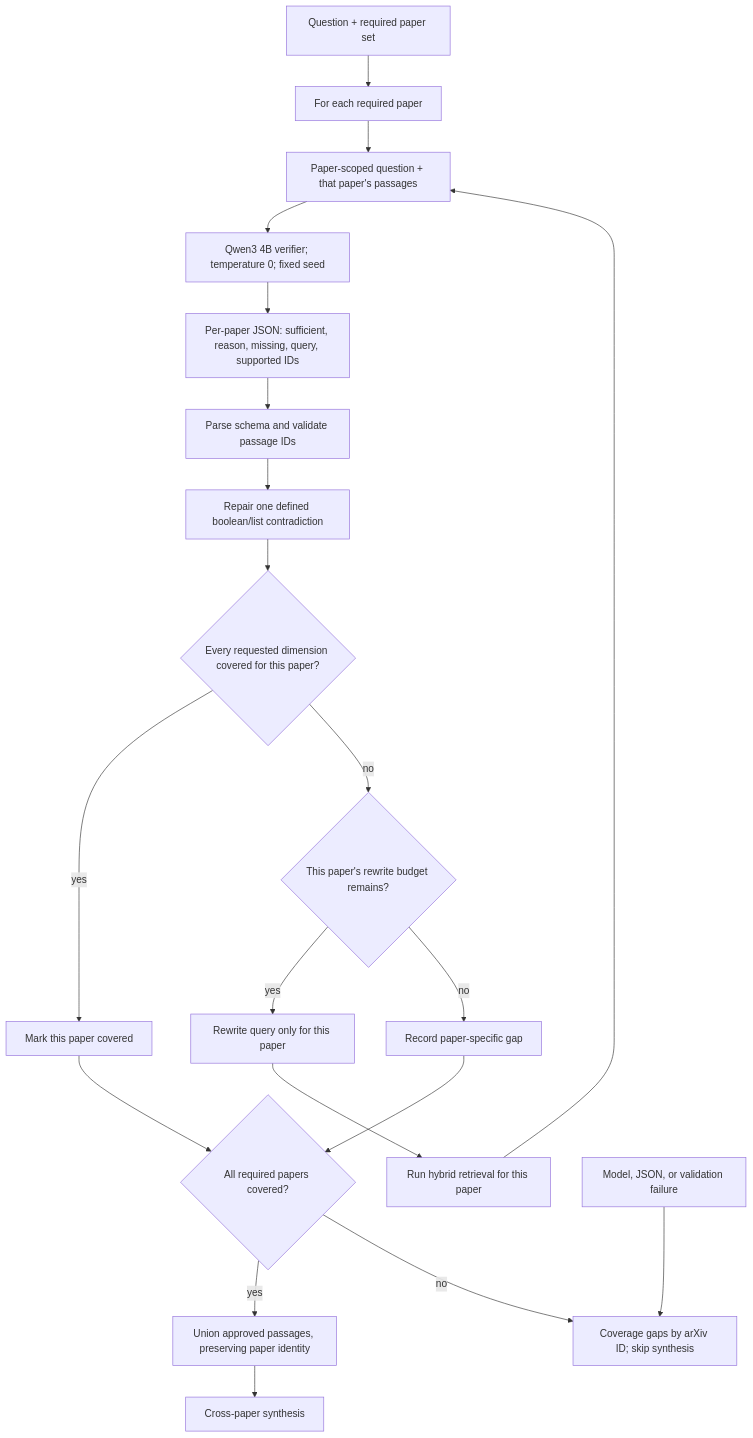
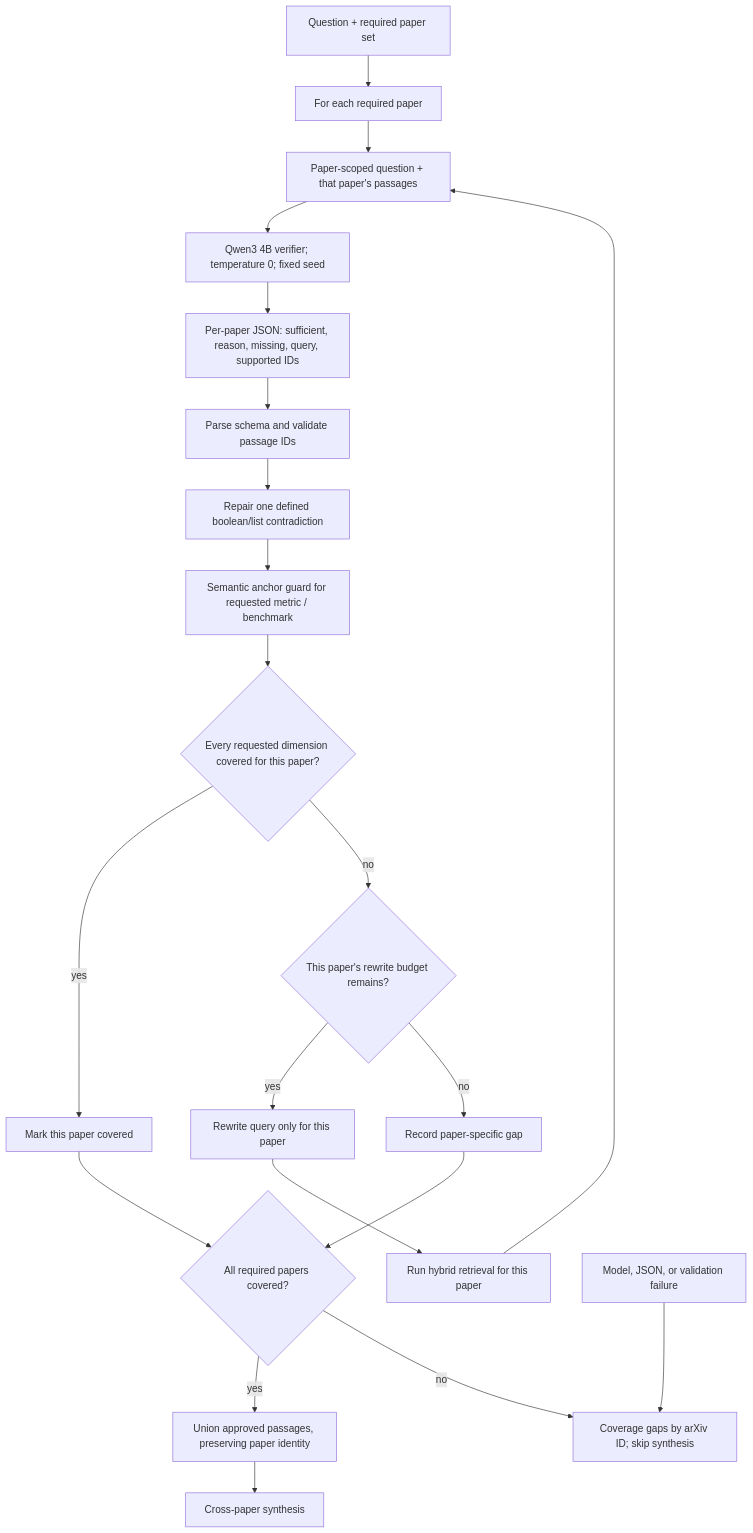
Before and after one commit to TQC0103/scientific-research-agent: the seventh of 11 diagrams in docs/SYSTEM_VISUALIZATION.md, drawn with Mermaid. The commit also changed other lines of this file and 15 other files, not shown here.

````diff
--- a/docs/SYSTEM_VISUALIZATION.md
+++ b/docs/SYSTEM_VISUALIZATION.md
@@ -173,25 +173,26 @@
 ```mermaid
 flowchart TD
     INPUT["Question + required paper set"] --> LOOP["For each required paper"]
     LOOP --> SCOPE["Paper-scoped question + that paper's passages"]
     SCOPE --> QWEN["Qwen3 4B verifier; temperature 0; fixed seed"]
     QWEN --> JSON["Per-paper JSON: sufficient, reason, missing, query, supported IDs"]
     JSON --> VALIDATE["Parse schema and validate passage IDs"]
     VALIDATE --> CONSISTENCY["Repair one defined boolean/list contradiction"]
-    CONSISTENCY --> DIMENSIONS{"Every requested dimension covered for this paper?"}
+    CONSISTENCY --> ANCHOR["Semantic anchor guard for requested metric / benchmark"]
+    ANCHOR --> DIMENSIONS{"Every requested dimension covered for this paper?"}
 
     DIMENSIONS -->|"yes"| PAPER_OK["Mark this paper covered"]
     DIMENSIONS -->|"no"| RETRIES{"This paper's rewrite budget remains?"}
     RETRIES -->|"yes"| REWRITE["Rewrite query only for this paper"]
     REWRITE --> RETRIEVAL["Run hybrid retrieval for this paper"]
     RETRIEVAL --> SCOPE
     RETRIES -->|"no"| PAPER_GAP["Record paper-specific gap"]
 
     PAPER_OK --> AGGREGATE{"All required papers covered?"}
     PAPER_GAP --> AGGREGATE
     AGGREGATE -->|"yes"| FILTER["Union approved passages, preserving paper identity"]
     FILTER --> SYNTHESIS["Cross-paper synthesis"]
     AGGREGATE -->|"no"| STOP["Coverage gaps by arXiv ID; skip synthesis"]
 
     ERROR["Model, JSON, or validation failure"] --> STOP
 ```
````
